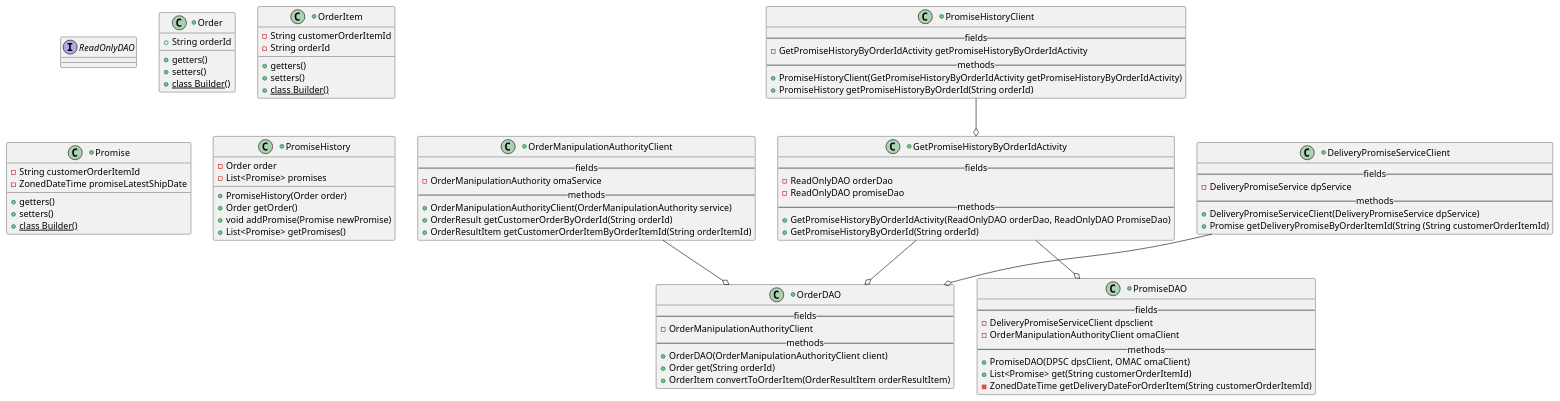
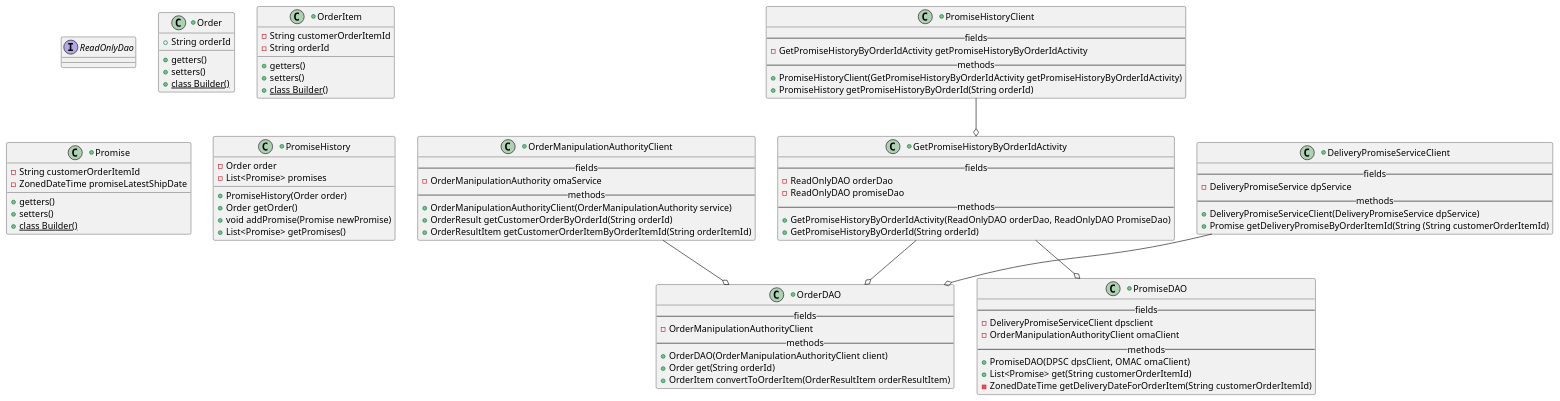
One commit to everythinginmoderation2/bd-intermediate-java-project changed the diagram in src/resources/deliveringonourpromise_CD.puml. Above: the diagram before and after it, drawn with PlantUML. The commit also changed 11 other files, not shown here.

Commit message:
Failing testSprint PreparednessTaskFourTest throws error for PUML requirements: Fix attempt #1 Addressing cap sensitivity. Changing 'ReadOnlyDAO' to 'ReadOnlyDao'

```diff
--- a/src/resources/deliveringonourpromise_CD.puml
+++ b/src/resources/deliveringonourpromise_CD.puml
@@ -1,103 +1,103 @@
 @startuml
 'https://plantuml.com/class-diagram'
 
-interface ReadOnlyDAO
+interface ReadOnlyDao
 
 +class Order {
     +String orderId
     +getters()
     +setters()
     +{static} class Builder()
 }
 
 +class OrderItem {
     -String customerOrderItemId
     -String orderId
     +getters()
     +setters()
     +{static} class Builder()
 }
 
 +class Promise {
     -String customerOrderItemId
     -ZonedDateTime promiseLatestShipDate
     +getters()
     +setters()
     +{static} class Builder()
 }
 
 +class PromiseHistory {
     -Order order
     -List<Promise> promises
     +PromiseHistory(Order order)
     +Order getOrder()
     +void addPromise(Promise newPromise)
     +List<Promise> getPromises()
 }
 
 +class PromiseHistoryClient {
     --fields--
     -GetPromiseHistoryByOrderIdActivity getPromiseHistoryByOrderIdActivity
     --methods--
     +PromiseHistoryClient(GetPromiseHistoryByOrderIdActivity getPromiseHistoryByOrderIdActivity)
     +PromiseHistory getPromiseHistoryByOrderId(String orderId)
 }
 
 +class GetPromiseHistoryByOrderIdActivity {
     --fields--
     -ReadOnlyDAO orderDao
     -ReadOnlyDAO promiseDao
     --methods--
     +GetPromiseHistoryByOrderIdActivity(ReadOnlyDAO orderDao, ReadOnlyDAO PromiseDao)
     +GetPromiseHistoryByOrderId(String orderId)
 }
 
 +class OrderDAO {
     --fields--
     -OrderManipulationAuthorityClient
     --methods--
     +OrderDAO(OrderManipulationAuthorityClient client)
     +Order get(String orderId)
     +OrderItem convertToOrderItem(OrderResultItem orderResultItem)
 }
 
 +class PromiseDAO {
     --fields--
     -DeliveryPromiseServiceClient dpsclient
     -OrderManipulationAuthorityClient omaClient
     --methods--
     +PromiseDAO(DPSC dpsClient, OMAC omaClient)
     +List<Promise> get(String customerOrderItemId)
     -ZonedDateTime getDeliveryDateForOrderItem(String customerOrderItemId)
 }
 
 +class OrderManipulationAuthorityClient {
     --fields--
     -OrderManipulationAuthority omaService
     --methods--
     +OrderManipulationAuthorityClient(OrderManipulationAuthority service)
     +OrderResult getCustomerOrderByOrderId(String orderId)
     +OrderResultItem getCustomerOrderItemByOrderItemId(String orderItemId)
 }
 
 +class DeliveryPromiseServiceClient {
     --fields--
     -DeliveryPromiseService dpService
     --methods--
     +DeliveryPromiseServiceClient(DeliveryPromiseService dpService)
     +Promise getDeliveryPromiseByOrderItemId(String (String customerOrderItemId)
 }
 
 
 
 
 
 
 
 PromiseHistoryClient --o GetPromiseHistoryByOrderIdActivity
 DeliveryPromiseServiceClient --o OrderDAO
 GetPromiseHistoryByOrderIdActivity --o PromiseDAO
 GetPromiseHistoryByOrderIdActivity --o OrderDAO
 OrderManipulationAuthorityClient --o OrderDAO
 
 @enduml
```
